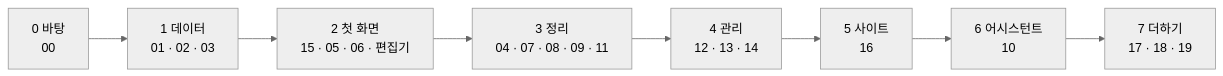
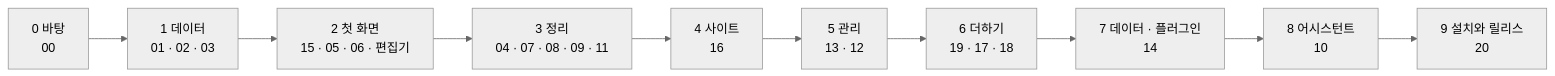
Before and after one commit to monti-cms/monti: the diagram in docs/design/features/build.md, drawn with Mermaid (neutral theme). The commit also changed other lines of this file and 6 other files, not shown here.

````diff
--- a/docs/design/features/build.md
+++ b/docs/design/features/build.md
@@ -26,10 +26,12 @@
 ```mermaid
 flowchart LR
   S0["0 바탕<br/>00"] --> S1["1 데이터<br/>01 · 02 · 03"]
   S1 --> S2["2 첫 화면<br/>15 · 05 · 06 · 편집기"]
   S2 --> S3["3 정리<br/>04 · 07 · 08 · 09 · 11"]
-  S3 --> S4["4 관리<br/>12 · 13 · 14"]
-  S4 --> S5["5 사이트<br/>16"]
-  S5 --> S6["6 어시스턴트<br/>10"]
-  S6 --> S7["7 더하기<br/>17 · 18 · 19"]
+  S3 --> S4["4 사이트<br/>16"]
+  S4 --> S5["5 관리<br/>13 · 12"]
+  S5 --> S6["6 더하기<br/>19 · 17 · 18"]
+  S6 --> S7["7 데이터 · 플러그인<br/>14"]
+  S7 --> S8["8 어시스턴트<br/>10"]
+  S8 --> S9["9 설치와 릴리스<br/>20"]
 ```
````
